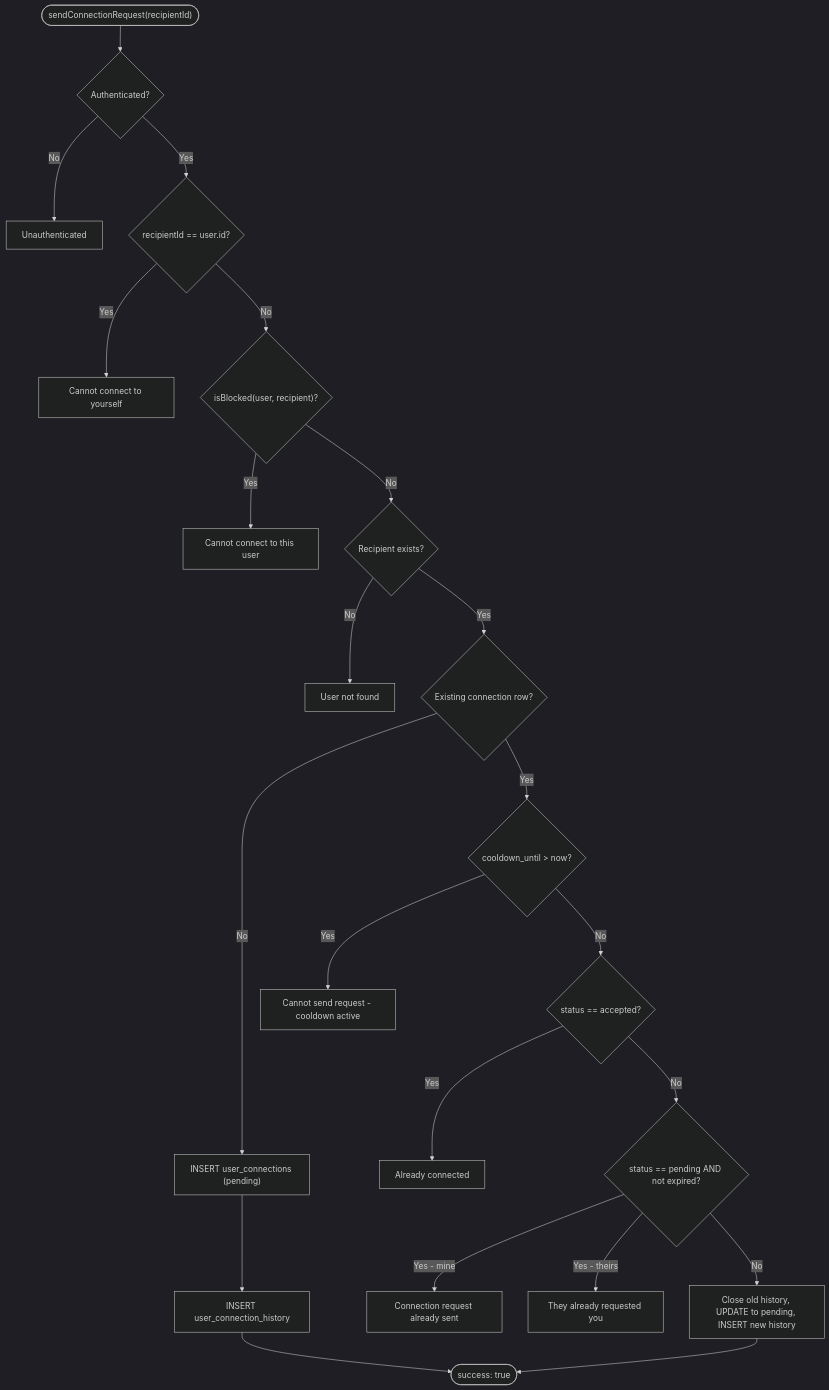
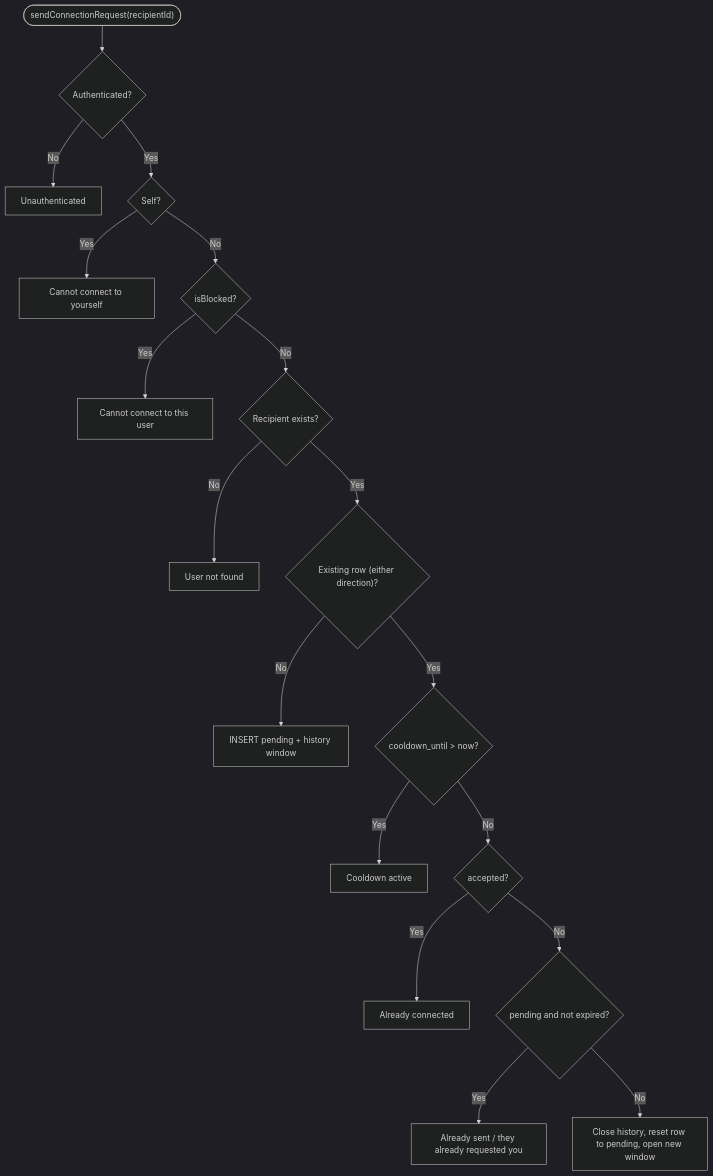
The second of 2 diagrams in src/content/docs/features/profiles-and-social-graph.md (jackcasstlesjones/ozeaon-wiki), drawn with Mermaid (dark theme) before and after one commit. The commit also changed other lines of this file and 7 other files, not shown here.

````diff
--- a/src/content/docs/features/profiles-and-social-graph.md
+++ b/src/content/docs/features/profiles-and-social-graph.md
@@ -316,26 +60,20 @@
 ```mermaid
 flowchart TD
     Start(["sendConnectionRequest(recipientId)"]) --> Auth{"Authenticated?"}
     Auth -->|"No"| E1["Unauthenticated"]
-    Auth -->|"Yes"| Self{"recipientId == user.id?"}
+    Auth -->|"Yes"| Self{"Self?"}
     Self -->|"Yes"| E2["Cannot connect to yourself"]
-    Self -->|"No"| Block{"isBlocked(user, recipient)?"}
+    Self -->|"No"| Block{"isBlocked?"}
     Block -->|"Yes"| E3["Cannot connect to this user"]
     Block -->|"No"| Exists{"Recipient exists?"}
     Exists -->|"No"| E4["User not found"]
-    Exists -->|"Yes"| Prior{"Existing connection row?"}
-
-    Prior -->|"No"| NewReq["INSERT user_connections (pending)"]
-    NewReq --> NewHist["INSERT user_connection_history"]
-    NewHist --> OK(["success: true"])
-
+    Exists -->|"Yes"| Prior{"Existing row (either direction)?"}
+    Prior -->|"No"| NewReq["INSERT pending + history window"]
     Prior -->|"Yes"| Cooldown{"cooldown_until > now?"}
-    Cooldown -->|"Yes"| E5["Cannot send request - cooldown active"]
-    Cooldown -->|"No"| Accepted{"status == accepted?"}
+    Cooldown -->|"Yes"| E5["Cooldown active"]
+    Cooldown -->|"No"| Accepted{"accepted?"}
     Accepted -->|"Yes"| E6["Already connected"]
-    Accepted -->|"No"| Pending{"status == pending AND not expired?"}
-    Pending -->|"Yes - mine"| E7["Connection request already sent"]
-    Pending -->|"Yes - theirs"| E8["They already requested you"]
-    Pending -->|"No"| Reuse["Close old history, UPDATE to pending, INSERT new history"]
-    Reuse --> OK
+    Accepted -->|"No"| Pending{"pending and not expired?"}
+    Pending -->|"Yes"| E7["Already sent / they already requested you"]
+    Pending -->|"No"| Reuse["Close history, reset row to pending, open new window"]
 ```
````
